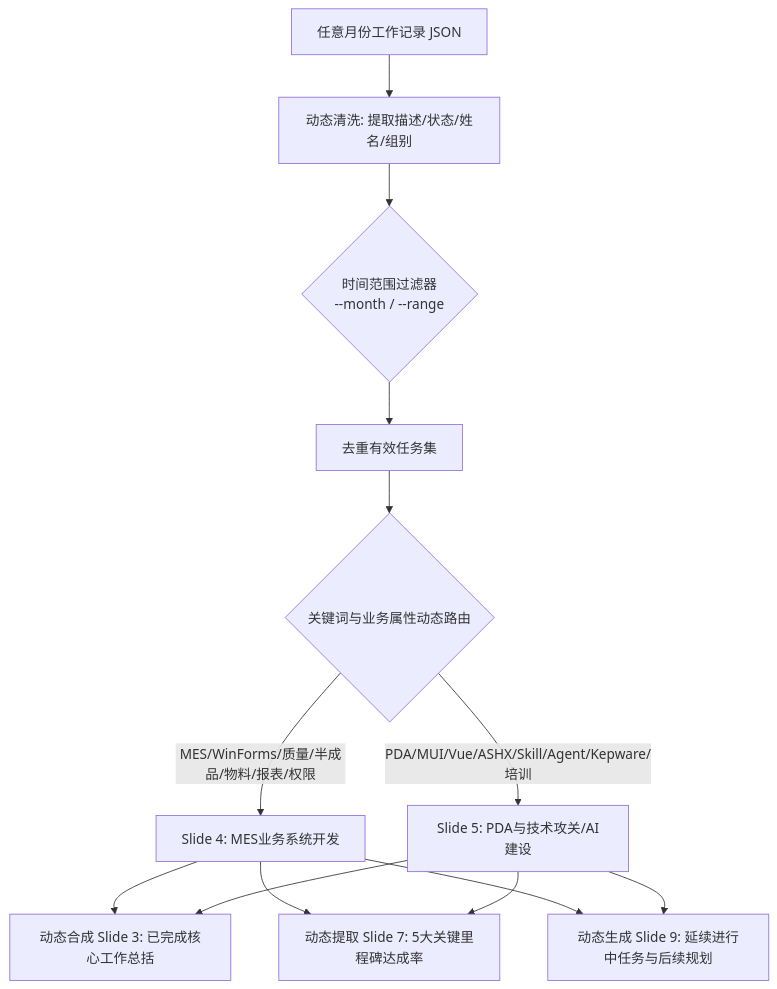
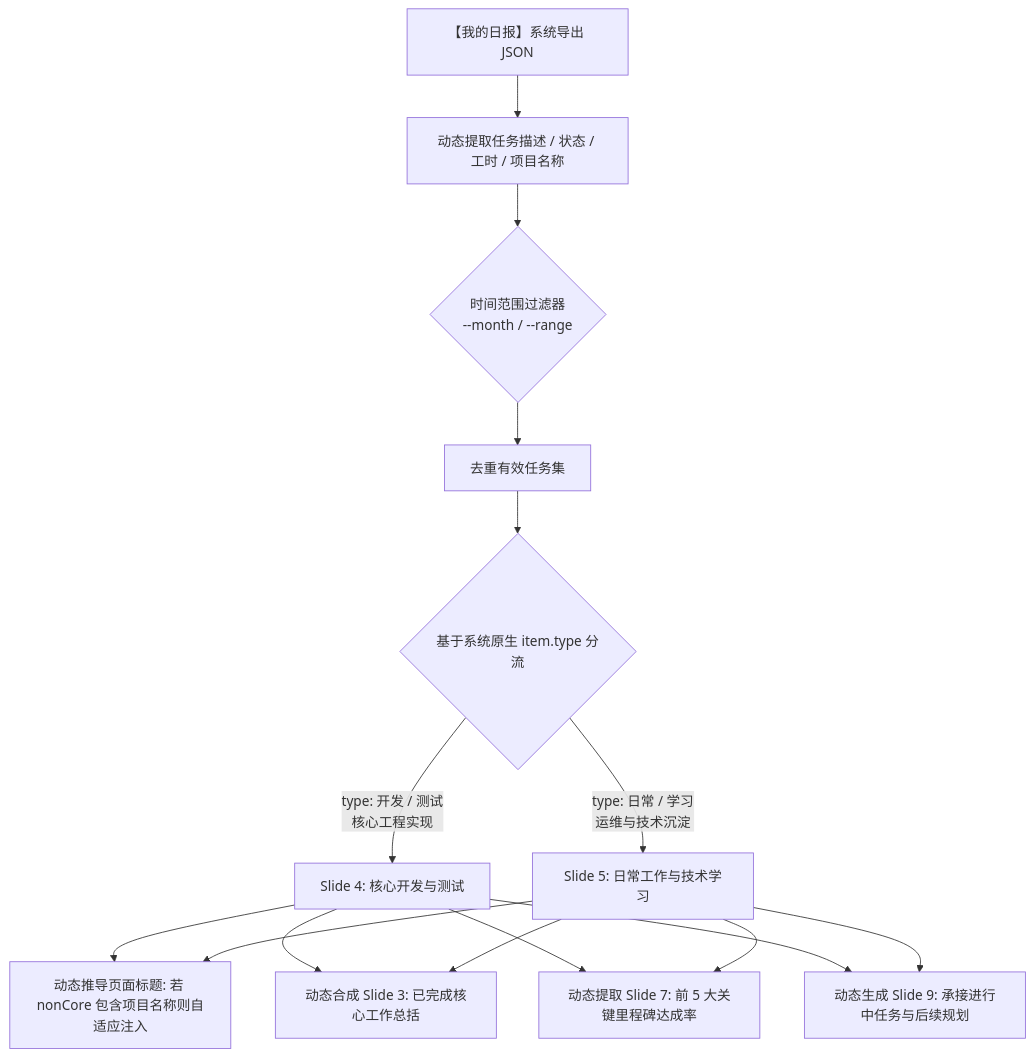
One commit to saru54/skill changed the diagram in mes-monthly-report/SKILL.md. Above: the diagram before and after it, drawn with Mermaid. The commit also changed other lines of this file and 1 other file, not shown here.

Commit message:
feat(monthly-report): implement 8-fixed-skeleton + 2-dynamic-detail architectural design

````diff
--- a/mes-monthly-report/SKILL.md
+++ b/mes-monthly-report/SKILL.md
@@ -118,14 +121,15 @@
 ```mermaid
 graph TD
-    Raw[任意月份工作记录 JSON] --> Parser[动态清洗: 提取描述/状态/姓名/组别]
-    Parser --> Filter{时间范围过滤器<br>--month / --range}
+    Raw[【我的日报】系统导出 JSON] --> Extract[动态提取任务描述 / 状态 / 工时 / 项目名称]
+    Extract --> Filter{时间范围过滤器<br>--month / --range}
     Filter --> CleanTasks[去重有效任务集]
     
-    CleanTasks --> KeywordRouter{关键词与业务属性动态路由}
-    KeywordRouter -->|MES/WinForms/质量/半成品/物料/报表/权限| S4[Slide 4: MES业务系统开发]
-    KeywordRouter -->|PDA/MUI/Vue/ASHX/Skill/Agent/Kepware/培训| S5[Slide 5: PDA与技术攻关/AI建设]
+    CleanTasks --> FieldRouter{基于系统原生 item.type 分流}
+    FieldRouter -->|type: 开发 / 测试<br>核心工程实现| S4[Slide 4: 核心开发与测试]
+    FieldRouter -->|type: 日常 / 学习<br>运维与技术沉淀| S5[Slide 5: 日常工作与技术学习]
     
+    S4 & S5 --> AutoTitle[动态推导页面标题: 若 nonCore 包含项目名称则自适应注入]
     S4 & S5 --> SynthS3[动态合成 Slide 3: 已完成核心工作总括]
-    S4 & S5 --> SynthS7[动态提取 Slide 7: 5大关键里程碑达成率]
-    S4 & S5 --> SynthS9[动态生成 Slide 9: 延续进行中任务与后续规划]
+    S4 & S5 --> SynthS7[动态提取 Slide 7: 前 5 大关键里程碑达成率]
+    S4 & S5 --> SynthS9[动态生成 Slide 9: 承接进行中任务与后续规划]
 ```
````
